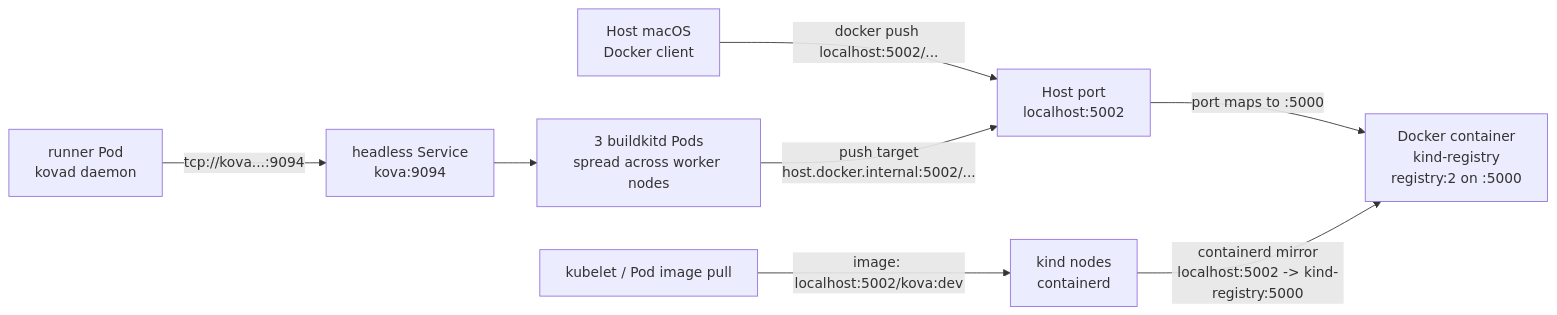
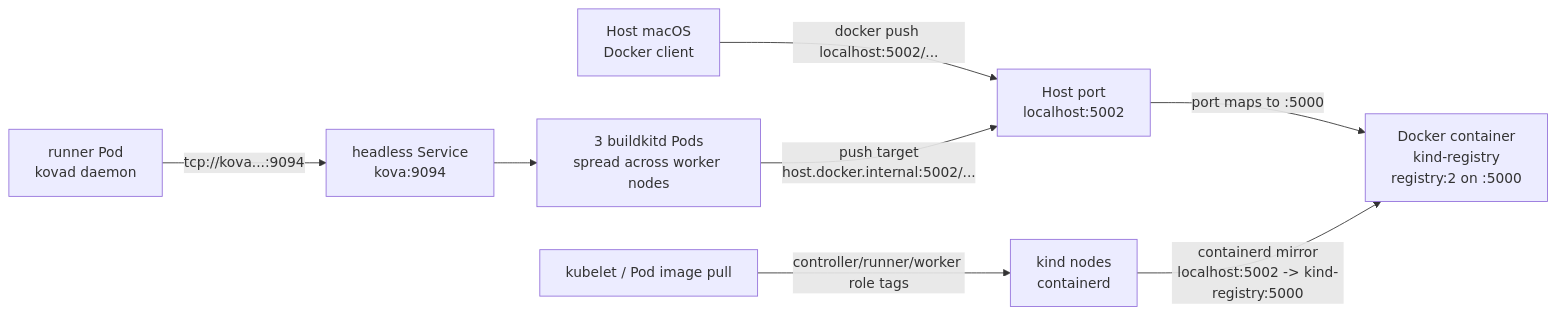
Before and after one commit to cofy-x/kova: the diagram in docs/deployment/local-kind-registry.md, drawn with Mermaid. The commit also changed other lines of this file and 80 other files, not shown here.

Commit message:
feat: establish cloud-neutral service architecture

````diff
--- a/docs/deployment/local-kind-registry.md
+++ b/docs/deployment/local-kind-registry.md
@@ -16,21 +16,21 @@
 ```mermaid
 flowchart LR
   host["Host macOS<br/>Docker client"]
   hostPort["Host port<br/>localhost:5002"]
   registry["Docker container<br/>kind-registry<br/>registry:2 on :5000"]
   kindNode["kind nodes<br/>containerd"]
   kubelet["kubelet / Pod image pull"]
   buildkitSvc["headless Service<br/>kova:9094"]
   buildkit["3 buildkitd Pods<br/>spread across worker nodes"]
   runner["runner Pod<br/>kovad daemon"]
 
   host -->|"docker push localhost:5002/..."| hostPort
   hostPort -->|"port maps to :5000"| registry
 
   kindNode -->|"containerd mirror<br/>localhost:5002 -> kind-registry:5000"| registry
-  kubelet -->|"image: localhost:5002/kova:dev"| kindNode
+  kubelet -->|"controller/runner/worker role tags"| kindNode
 
   runner -->|"tcp://kova...:9094"| buildkitSvc
   buildkitSvc --> buildkit
   buildkit -->|"push target<br/>host.docker.internal:5002/..."| hostPort
 ```
````
